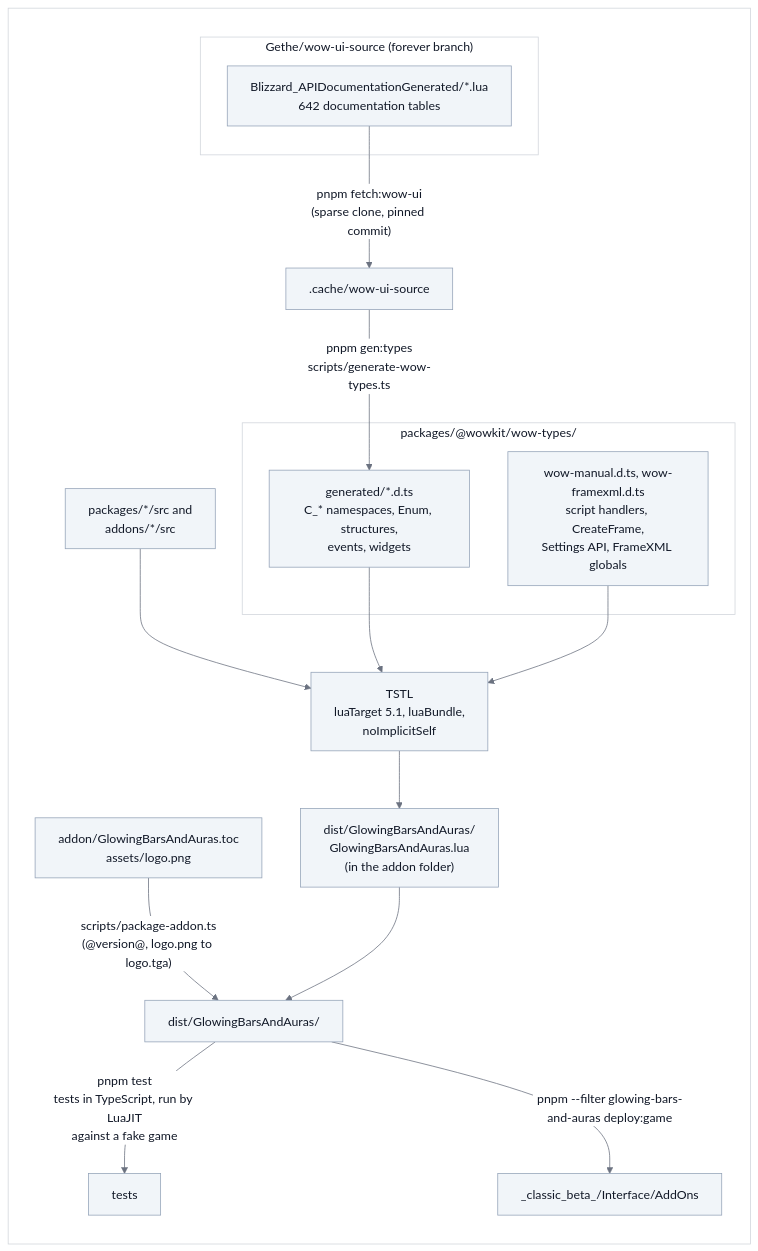
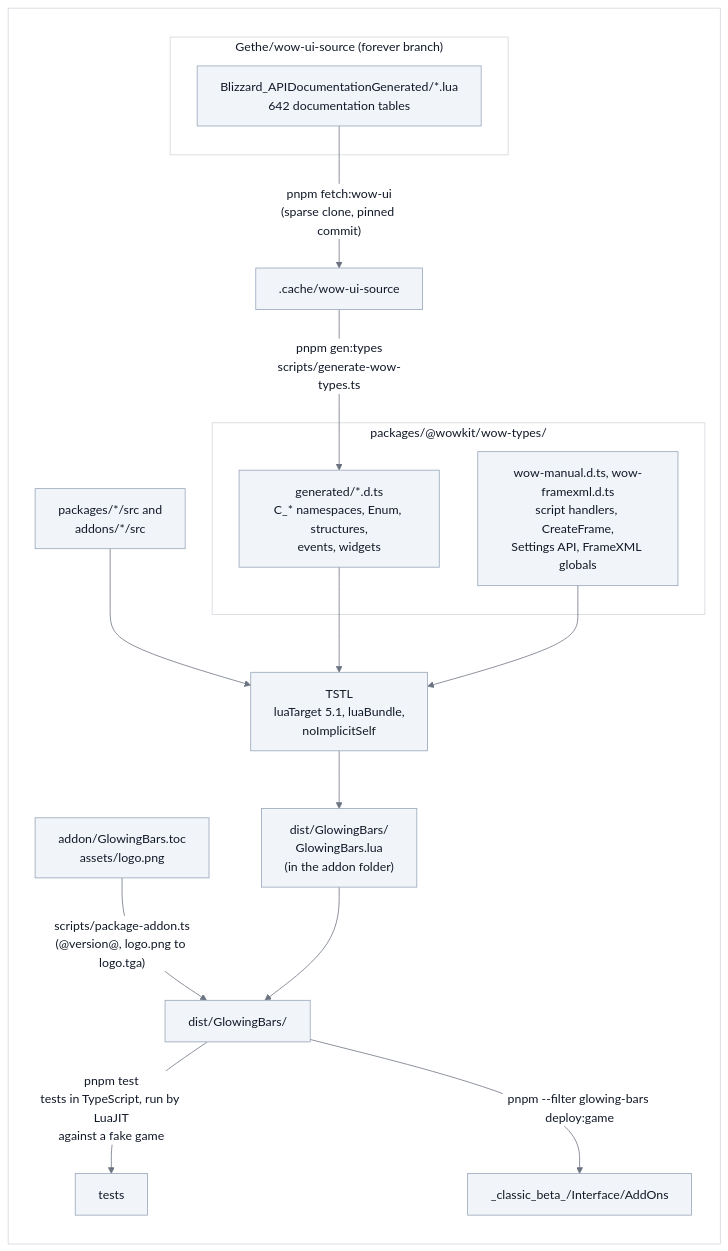
One commit to vattiss/wowkit changed the first of 9 diagrams in docs/architecture.md. Above: the diagram before and after it, drawn with Mermaid. The commit also changed other lines of this file and 103 other files, not shown here.

First line of the commit message:
refactor!: rename the addon to Glowing Bars

````diff
--- a/docs/architecture.md
+++ b/docs/architecture.md
@@ -45,29 +45,29 @@
 ```mermaid
 %%{init: {"theme":"base","themeVariables":{"background":"#ffffff","lineColor":"#6b7280","textColor":"#111827","primaryColor":"#f1f5f9","primaryTextColor":"#111827","primaryBorderColor":"#94a3b8","secondaryColor":"#e2e8f0","tertiaryColor":"#ffffff","mainBkg":"#f1f5f9","nodeBorder":"#94a3b8","nodeTextColor":"#111827","titleColor":"#111827","edgeLabelBackground":"#ffffff","labelBackground":"#ffffff","labelTextColor":"#111827","clusterBkg":"#ffffff","clusterBorder":"#d1d5db","classText":"#111827","actorBkg":"#f1f5f9","actorTextColor":"#111827","actorBorder":"#94a3b8","actorLineColor":"#6b7280","signalColor":"#374151","signalTextColor":"#111827","noteBkgColor":"#fef9c3","noteTextColor":"#111827","noteBorderColor":"#ca8a04"}}}%%
 flowchart LR
     classDef default fill:#f1f5f9,stroke:#94a3b8,color:#111827
     subgraph PANEL[" "]
         subgraph upstream["Gethe/wow-ui-source (forever branch)"]
             docs["Blizzard_APIDocumentationGenerated/*.lua<br/>642 documentation tables"]
         end
 
         subgraph typings["packages/@wowkit/wow-types/"]
             generated["generated/*.d.ts<br/>C_* namespaces, Enum, structures,<br/>events, widgets"]
             manual["wow-manual.d.ts, wow-framexml.d.ts<br/>script handlers, CreateFrame,<br/>Settings API, FrameXML globals"]
         end
 
         docs -- "pnpm fetch:wow-ui<br/>(sparse clone, pinned commit)" --> cache[".cache/wow-ui-source"]
         cache -- "pnpm gen:types<br/>scripts/generate-wow-types.ts" --> generated
 
         src["packages/*/src and<br/>addons/*/src"] --> tstl["TSTL<br/>luaTarget 5.1, luaBundle,<br/>noImplicitSelf"]
         generated --> tstl
         manual --> tstl
-        tstl --> lua["dist/GlowingBarsAndAuras/<br/>GlowingBarsAndAuras.lua<br/>(in the addon folder)"]
-        toc["addon/GlowingBarsAndAuras.toc<br/>assets/logo.png"] -- "scripts/package-addon.ts<br/>(@version@, logo.png to logo.tga)" --> dist["dist/GlowingBarsAndAuras/"]
+        tstl --> lua["dist/GlowingBars/<br/>GlowingBars.lua<br/>(in the addon folder)"]
+        toc["addon/GlowingBars.toc<br/>assets/logo.png"] -- "scripts/package-addon.ts<br/>(@version@, logo.png to logo.tga)" --> dist["dist/GlowingBars/"]
         lua --> dist
         dist -- "pnpm test<br/>tests in TypeScript, run by LuaJIT<br/>against a fake game" --> smoke["tests"]
-        dist -- "pnpm --filter glowing-bars-and-auras deploy:game" --> game["_classic_beta_/Interface/AddOns"]
+        dist -- "pnpm --filter glowing-bars deploy:game" --> game["_classic_beta_/Interface/AddOns"]
     end
     classDef panel fill:#ffffff,stroke:#d1d5db,color:#111827
     class PANEL panel
 ```
````
